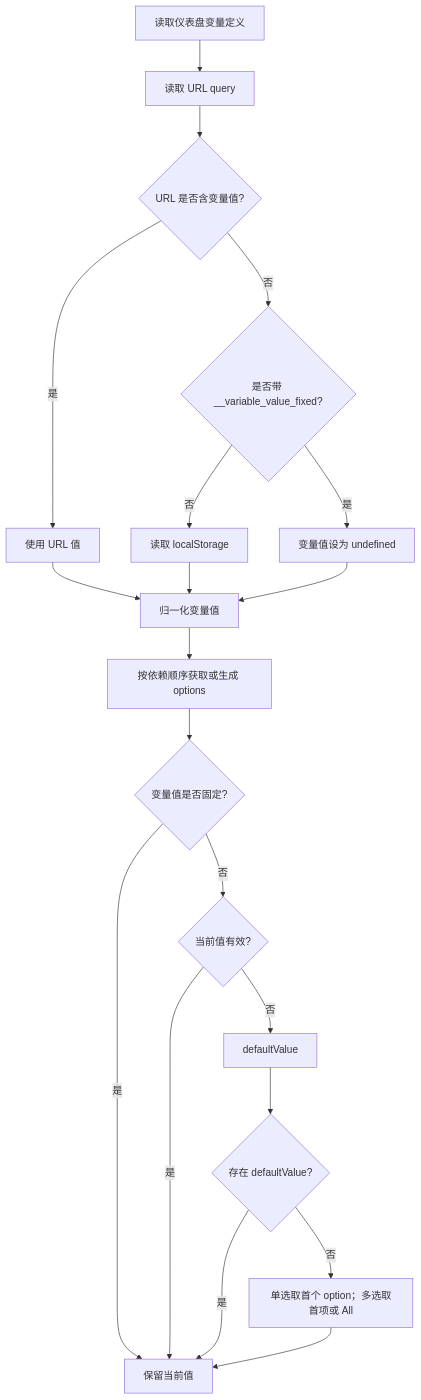
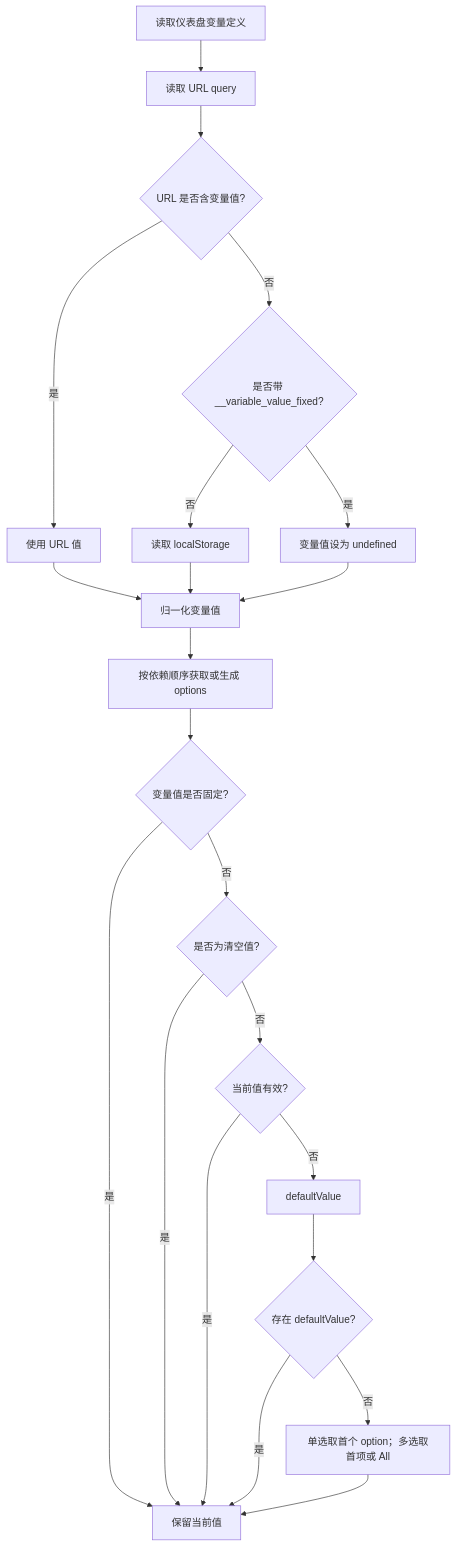
One commit to n9e/fe changed the diagram in src/pages/dashboard/VARIABLE_VALUE_FLOW.md. Above: the diagram before and after it, drawn with Mermaid. The commit also changed other lines of this file and 7 other files, not shown here.

````diff
--- a/src/pages/dashboard/VARIABLE_VALUE_FLOW.md
+++ b/src/pages/dashboard/VARIABLE_VALUE_FLOW.md
@@ -32,22 +32,24 @@
 ```mermaid
 flowchart TD
   A[读取仪表盘变量定义] --> B[读取 URL query]
   B --> C{URL 是否含变量值?}
   C -- 是 --> D[使用 URL 值]
   C -- 否 --> E{是否带 __variable_value_fixed?}
   E -- 否 --> F[读取 localStorage]
   E -- 是 --> G[变量值设为 undefined]
   F --> H[归一化变量值]
   D --> H
   G --> H
   H --> I[按依赖顺序获取或生成 options]
   I --> J{变量值是否固定?}
   J -- 是 --> K[保留当前值]
-  J -- 否 --> L{当前值有效?}
+  J -- 否 --> C1{是否为清空值?}
+  C1 -- 是 --> K
+  C1 -- 否 --> L{当前值有效?}
   L -- 是 --> K
   L -- 否 --> M[defaultValue]
   M --> N{存在 defaultValue?}
   N -- 是 --> K
   N -- 否 --> O[单选取首个 option；多选取首项或 All]
   O --> K
 ```
````
